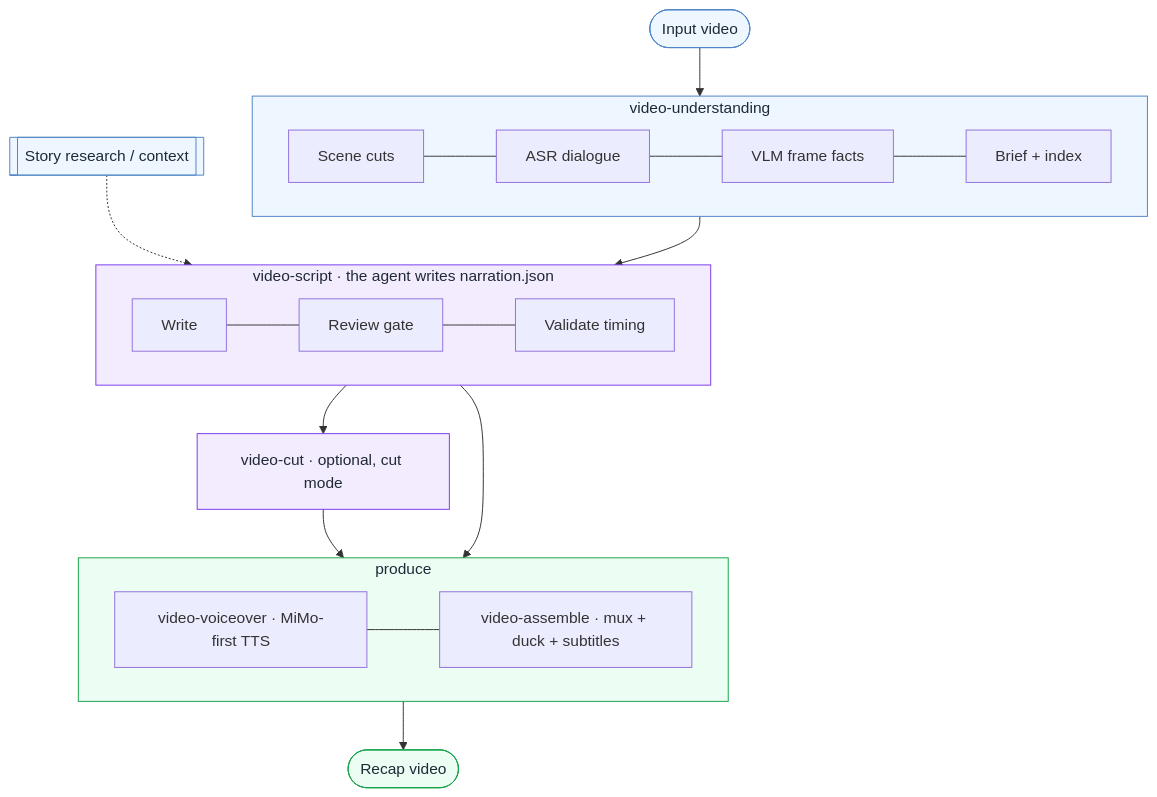
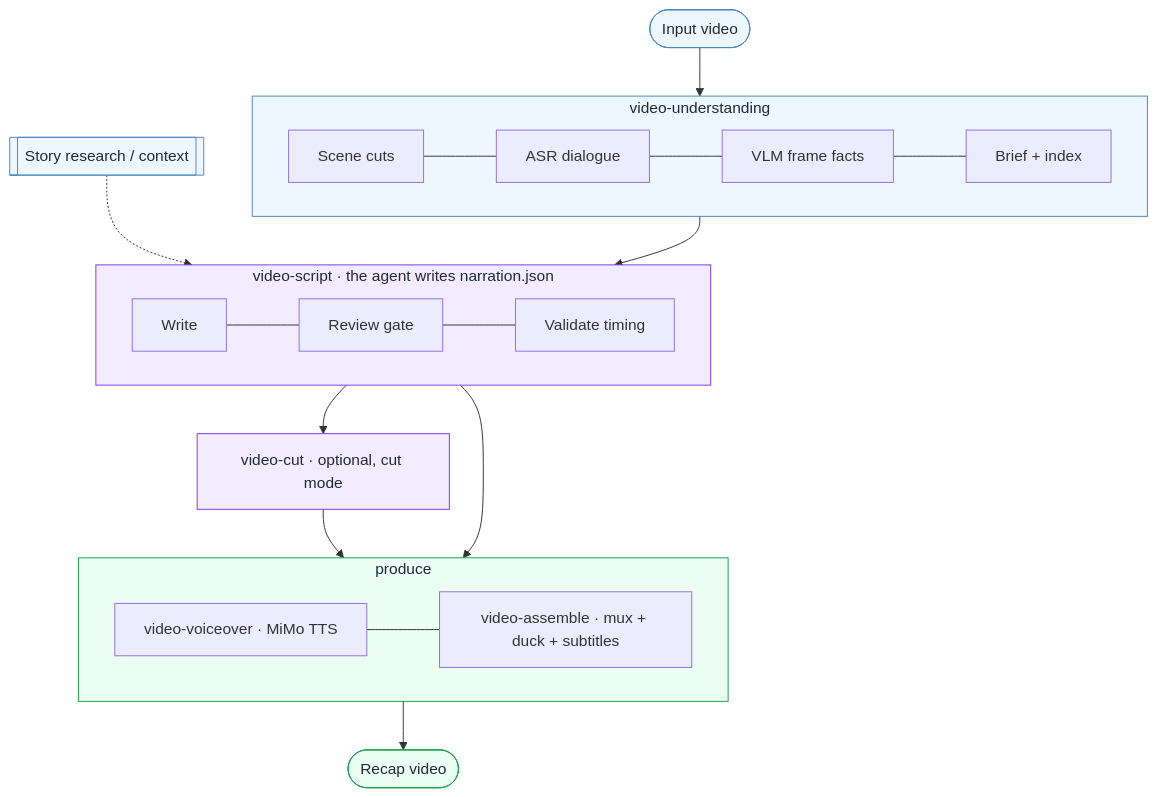
One commit to worldwonderer/video-recap-skills changed the diagram in README.md. Above: the diagram before and after it, drawn with Mermaid. The commit also changed other lines of this file and 12 other files, not shown here.

````diff
--- a/README.md
+++ b/README.md
@@ -23,34 +28,34 @@
 ```mermaid
 flowchart TB
     input([Input video]) --> understand
     context[[Story research / context]] -.-> script
 
     subgraph understand[video-understanding]
         direction LR
         scene[Scene cuts] --- asr[ASR dialogue] --- vlm[VLM frame facts] --- brief[Brief + index]
     end
 
     subgraph script[video-script · the agent writes narration.json]
         direction LR
         write[Write] --- review[Review gate] --- validate[Validate timing]
     end
 
     cut[video-cut · optional, cut mode]
     subgraph produce[produce]
         direction LR
-        voice[video-voiceover · MiMo-first TTS] --- assemble[video-assemble · mux + duck + subtitles]
+        voice[video-voiceover · MiMo TTS] --- assemble[video-assemble · mux + duck + subtitles]
     end
     output([Recap video])
 
     understand --> script
     script --> cut --> produce
     script --> produce
     produce --> output
 
     classDef s fill:#eef6ff,stroke:#4f86c6,color:#1f2937;
     classDef w fill:#f3ecff,stroke:#7c3aed,color:#1f2937;
     classDef p fill:#ecfdf3,stroke:#16a34a,color:#1f2937;
     class input,context,understand s;
     class script,cut w;
     class produce,output p;
 ```
````
